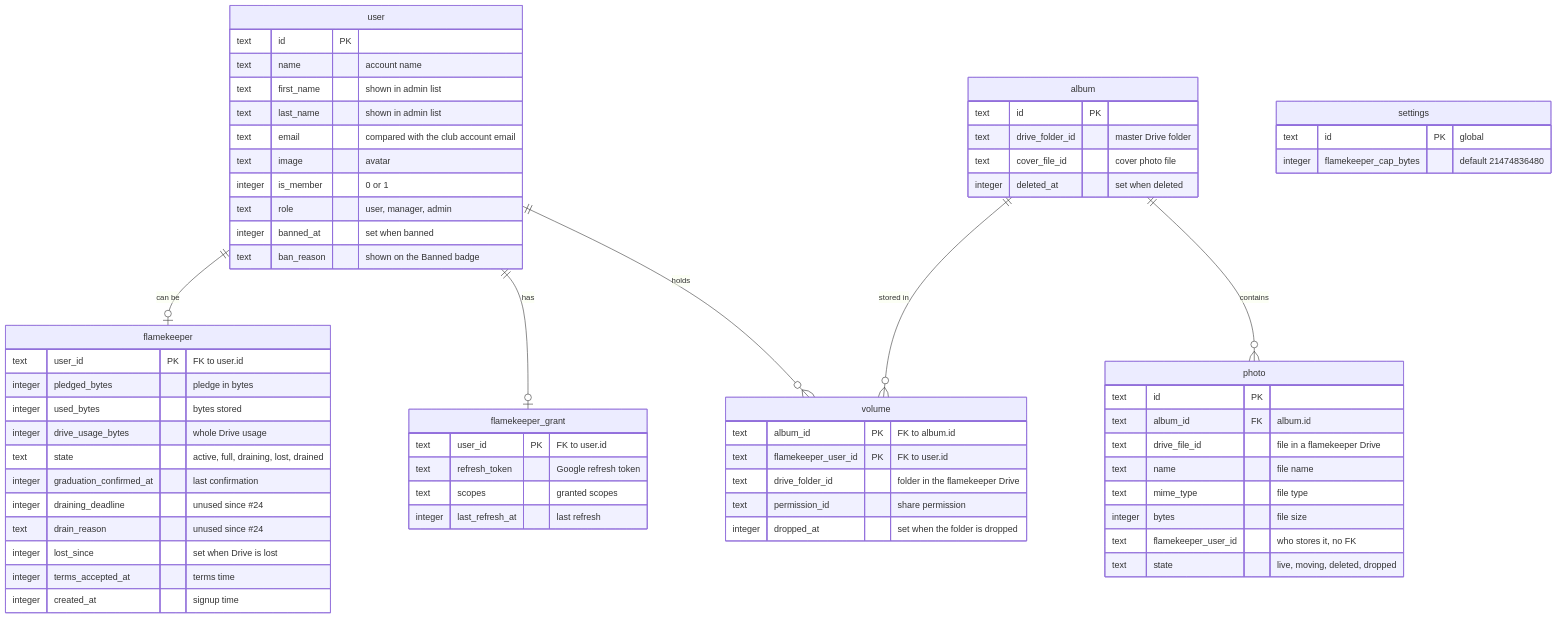
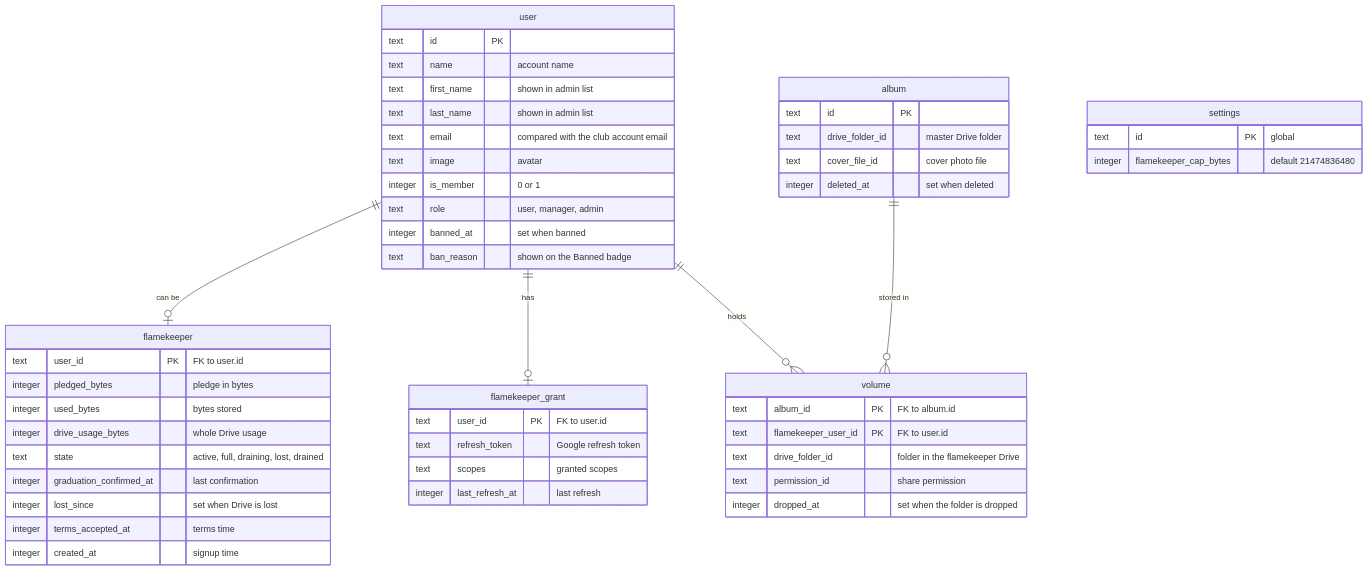
One commit to sagyzdop/meriksirat changed the diagram in docs/scenarios/flamekeepers/erd.md. Above: the diagram before and after it, drawn with Mermaid. The commit also changed other lines of this file and 45 other files, not shown here.

````diff
--- a/docs/scenarios/flamekeepers/erd.md
+++ b/docs/scenarios/flamekeepers/erd.md
@@ -24,66 +23,53 @@
 ```mermaid
 erDiagram
     user ||--o| flamekeeper : "can be"
     user ||--o| flamekeeper_grant : "has"
     user ||--o{ volume : "holds"
     album ||--o{ volume : "stored in"
-    album ||--o{ photo : "contains"
     user {
         text id PK
         text name "account name"
         text first_name "shown in admin list"
         text last_name "shown in admin list"
         text email "compared with the club account email"
         text image "avatar"
         integer is_member "0 or 1"
         text role "user, manager, admin"
         integer banned_at "set when banned"
         text ban_reason "shown on the Banned badge"
     }
     flamekeeper {
         text user_id PK "FK to user.id"
         integer pledged_bytes "pledge in bytes"
         integer used_bytes "bytes stored"
         integer drive_usage_bytes "whole Drive usage"
         text state "active, full, draining, lost, drained"
         integer graduation_confirmed_at "last confirmation"
-        integer draining_deadline "unused since #24"
-        text drain_reason "unused since #24"
         integer lost_since "set when Drive is lost"
         integer terms_accepted_at "terms time"
         integer created_at "signup time"
     }
     flamekeeper_grant {
         text user_id PK "FK to user.id"
         text refresh_token "Google refresh token"
         text scopes "granted scopes"
         integer last_refresh_at "last refresh"
     }
     volume {
         text album_id PK "FK to album.id"
         text flamekeeper_user_id PK "FK to user.id"
         text drive_folder_id "folder in the flamekeeper Drive"
         text permission_id "share permission"
         integer dropped_at "set when the folder is dropped"
     }
-    photo {
-        text id PK
-        text album_id FK "album.id"
-        text drive_file_id "file in a flamekeeper Drive"
-        text name "file name"
-        text mime_type "file type"
-        integer bytes "file size"
-        text flamekeeper_user_id "who stores it, no FK"
-        text state "live, moving, deleted, dropped"
-    }
     album {
         text id PK
         text drive_folder_id "master Drive folder"
         text cover_file_id "cover photo file"
         integer deleted_at "set when deleted"
     }
     settings {
         text id PK "global"
         integer flamekeeper_cap_bytes "default 21474836480"
     }
 ```
````
